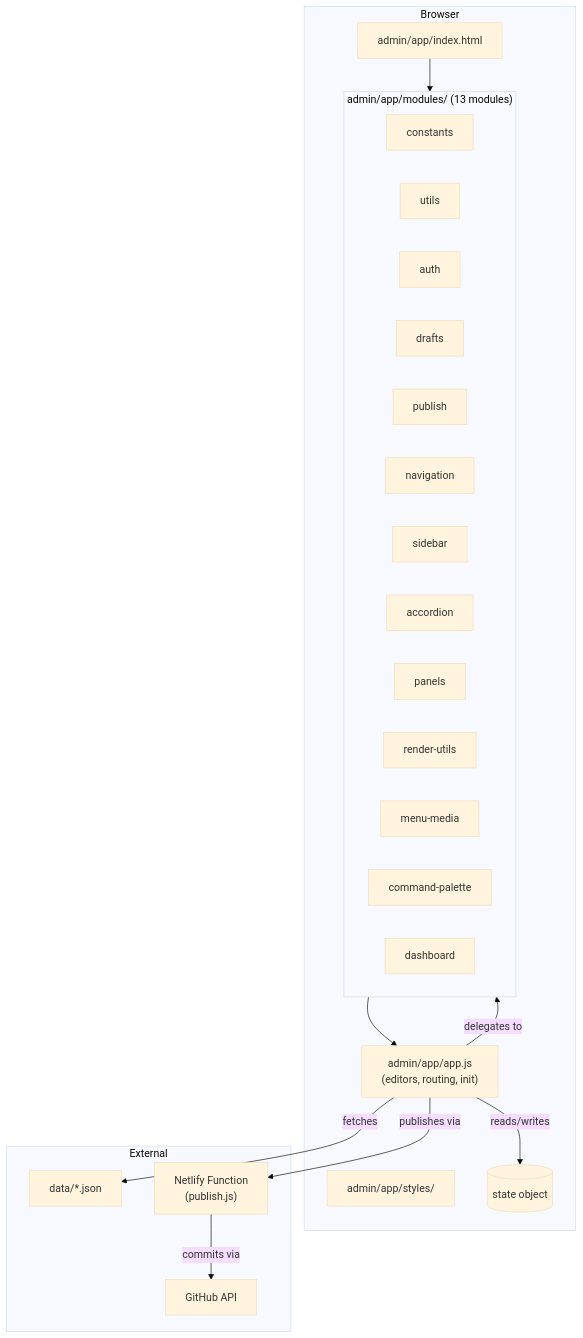
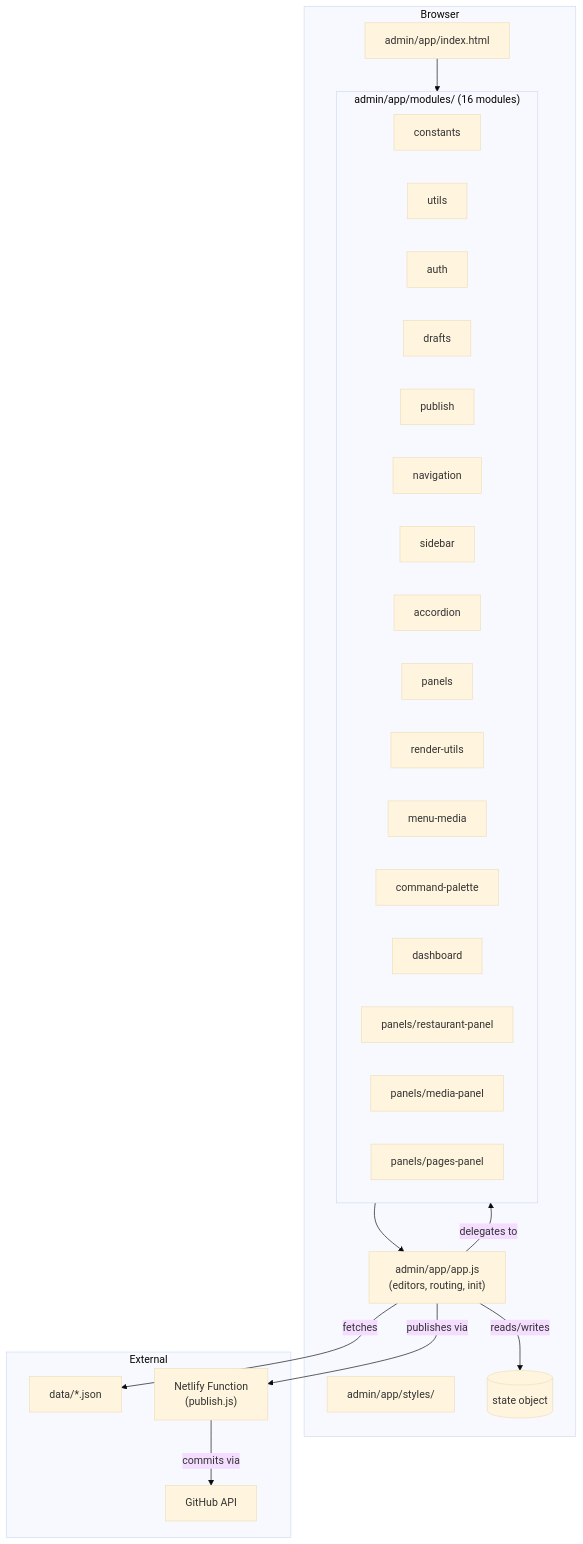
The diagram in docs/developers/admin/admin-panel.md (AlbertUrena/figata), drawn with Mermaid (base theme) before and after one commit. The commit also changed other lines of this file and 33 other files, not shown here.

````diff
--- a/docs/developers/admin/admin-panel.md
+++ b/docs/developers/admin/admin-panel.md
@@ -39,38 +39,41 @@
 ```mermaid
 graph TB
   subgraph Browser
     HTML["admin/app/index.html"]
     CSS["admin/app/styles/"]
-    subgraph Modules ["admin/app/modules/ (13 modules)"]
+    subgraph Modules ["admin/app/modules/ (16 modules)"]
       constants
       utils
       auth
       drafts
       publish
       navigation
       sidebar
       accordion
       panels
       renderUtils[render-utils]
       menuMedia[menu-media]
       commandPalette[command-palette]
       dashboard
+      restaurantPanel[panels/restaurant-panel]
+      mediaPanel[panels/media-panel]
+      pagesPanel[panels/pages-panel]
     end
     APP["admin/app/app.js<br/>(editors, routing, init)"]
     STATE[("state object")]
   end
 
   subgraph External
     DATA["data/*.json"]
     NETLIFY["Netlify Function<br/>(publish.js)"]
     GITHUB["GitHub API"]
   end
 
   HTML --> Modules
   Modules --> APP
   APP -->|reads/writes| STATE
   APP -->|delegates to| Modules
   APP -->|fetches| DATA
   APP -->|publishes via| NETLIFY
   NETLIFY -->|commits via| GITHUB
 ```
````
